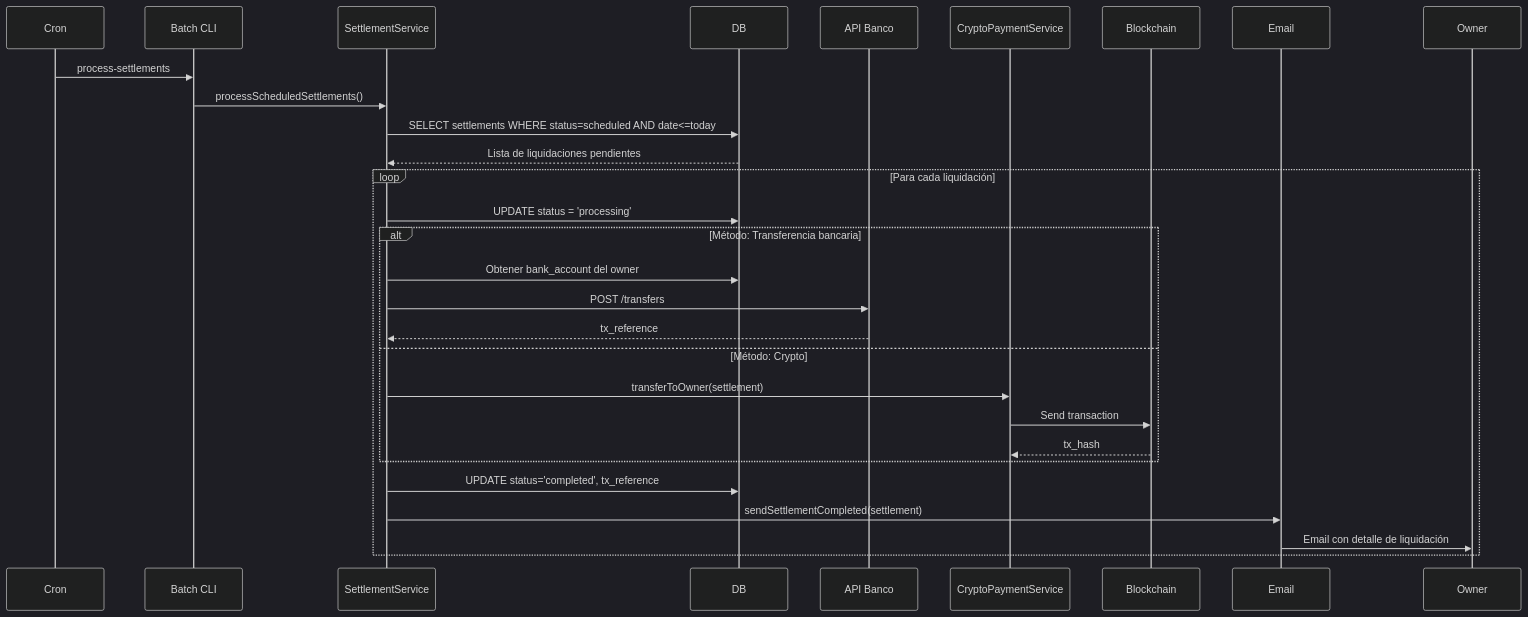
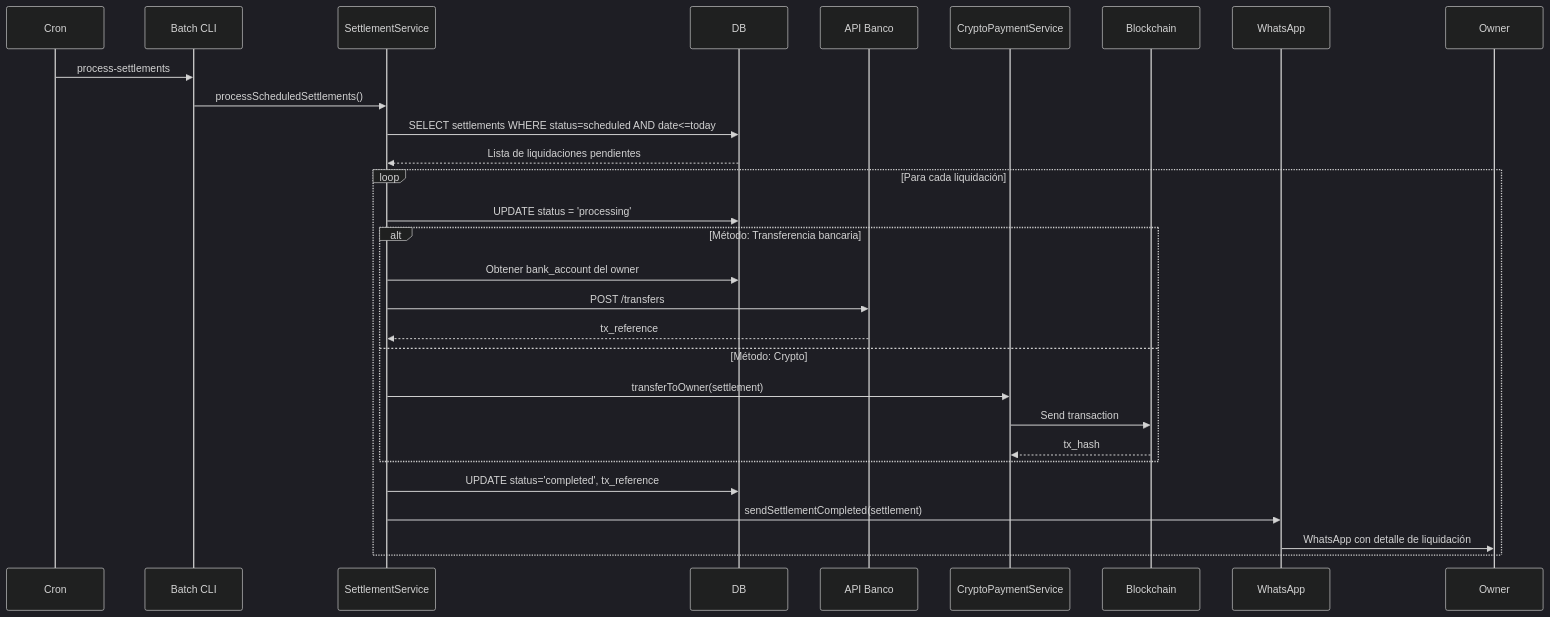
One commit to andrescastiglia/rent changed diagram 12 of 14 in docs/technical/sequence.md. Above: the diagram before and after it, drawn with Mermaid (dark theme). The commit also changed other lines of this file and 33 other files, not shown here.

First line of the commit message:
feat: integrate WhatsApp messaging for notifications and reminders

````diff
--- a/docs/technical/sequence.md
+++ b/docs/technical/sequence.md
@@ -405,35 +405,35 @@
 ```mermaid
 sequenceDiagram
     participant Cron
     participant Batch as Batch CLI
     participant SettlementSvc as SettlementService
     participant DB
     participant BankAPI as API Banco
     participant CryptoSvc as CryptoPaymentService
     participant Blockchain
-    participant Email
+    participant WhatsApp
     participant Owner
 
     Cron->>Batch: process-settlements
     Batch->>SettlementSvc: processScheduledSettlements()
     SettlementSvc->>DB: SELECT settlements WHERE status=scheduled AND date<=today
     DB-->>SettlementSvc: Lista de liquidaciones pendientes
     
     loop Para cada liquidación
         SettlementSvc->>DB: UPDATE status = 'processing'
         
         alt Método: Transferencia bancaria
             SettlementSvc->>DB: Obtener bank_account del owner
             SettlementSvc->>BankAPI: POST /transfers
             BankAPI-->>SettlementSvc: tx_reference
         else Método: Crypto
             SettlementSvc->>CryptoSvc: transferToOwner(settlement)
             CryptoSvc->>Blockchain: Send transaction
             Blockchain-->>CryptoSvc: tx_hash
         end
         
         SettlementSvc->>DB: UPDATE status='completed', tx_reference
-        SettlementSvc->>Email: sendSettlementCompleted(settlement)
-        Email->>Owner: Email con detalle de liquidación
+        SettlementSvc->>WhatsApp: sendSettlementCompleted(settlement)
+        WhatsApp->>Owner: WhatsApp con detalle de liquidación
     end
 ```
````
